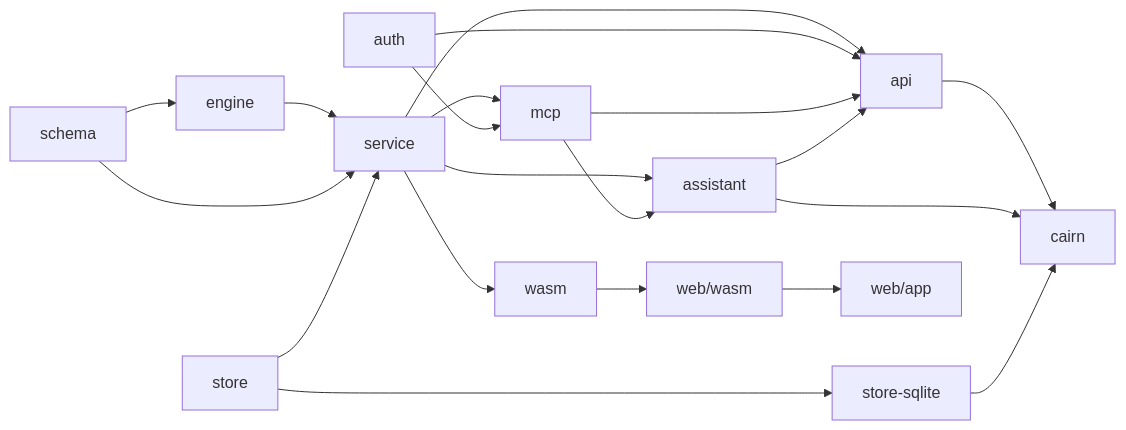
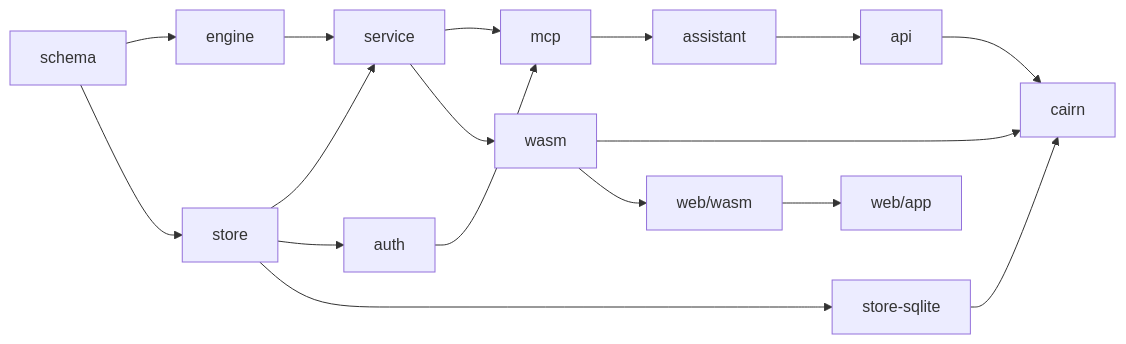
The second of 3 diagrams in ARCHITECTURE.md (JacobHayes/cairn), drawn with Mermaid before and after one commit. The commit also changed other lines of this file and 40 other files, not shown here.

````diff
--- a/ARCHITECTURE.md
+++ b/ARCHITECTURE.md
@@ -108,22 +111,19 @@
 ```mermaid
 flowchart LR
     schema --> engine
+    schema --> store
     engine --> service
-    schema --> service
     store --> service
+    store --> auth
     store --> store_sqlite[store-sqlite]
-    service --> api
+    auth --> mcp
     service --> mcp
-    service --> assistant
-    auth --> api
-    auth --> mcp
-    mcp --> api
     mcp --> assistant
     assistant --> api
     api --> cairn
-    assistant --> cairn
     store_sqlite --> cairn
     service --> wasm
+    wasm --> cairn
     wasm --> web_wasm[web/wasm]
     web_wasm --> web_app[web/app]
 ```
````
